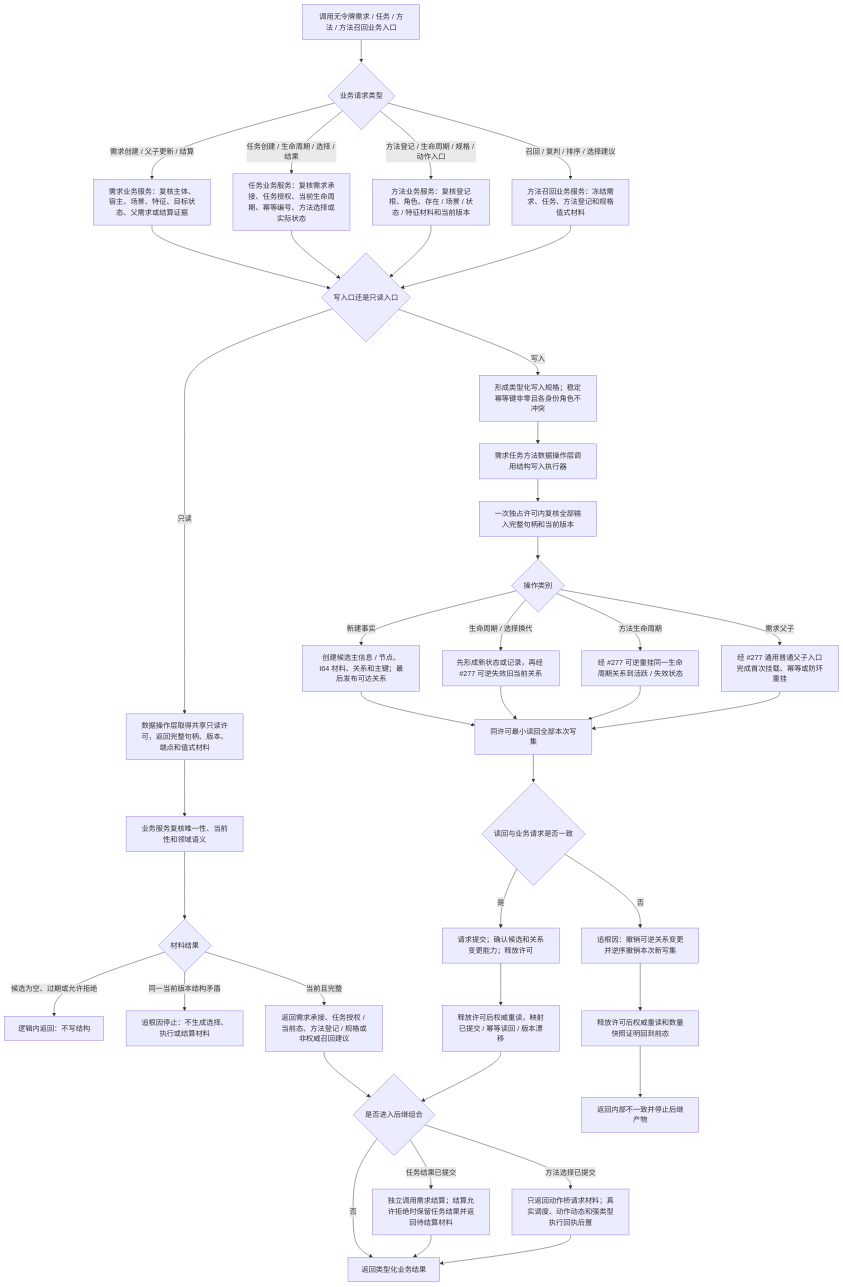
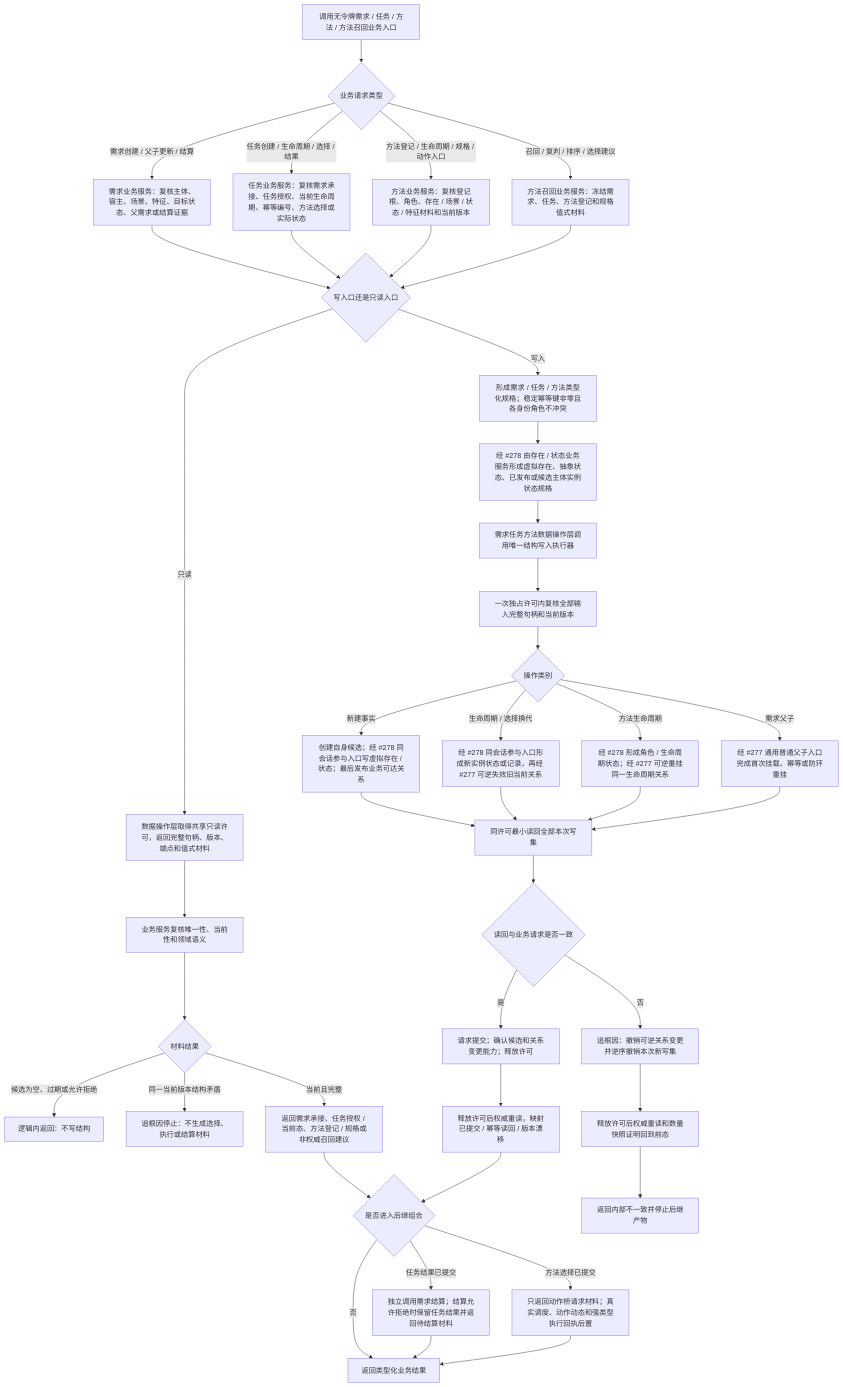
One commit to chunhaizh-cyber/HY-Ego changed the diagram in 流程图/20260714_需求任务方法服务分层迁移代码逻辑流程图_v0.1.md. Above: the diagram before and after it, drawn with Mermaid. The commit also changed other lines of this file and 14 other files, not shown here.

````diff
--- a/流程图/20260714_需求任务方法服务分层迁移代码逻辑流程图_v0.1.md
+++ b/流程图/20260714_需求任务方法服务分层迁移代码逻辑流程图_v0.1.md
@@ -30,50 +34,51 @@
 ```mermaid
 flowchart TD
     A["调用无令牌需求 / 任务 / 方法 / 方法召回业务入口"] --> B{"业务请求类型"}
 
     B -->|"需求创建 / 父子更新 / 结算"| C1["需求业务服务：复核主体、宿主、场景、特征、目标状态、父需求或结算证据"]
     B -->|"任务创建 / 生命周期 / 选择 / 结果"| C2["任务业务服务：复核需求承接、任务授权、当前生命周期、幂等编号、方法选择或实际状态"]
     B -->|"方法登记 / 生命周期 / 规格 / 动作入口"| C3["方法业务服务：复核登记根、角色、存在 / 场景 / 状态 / 特征材料和当前版本"]
     B -->|"召回 / 复判 / 排序 / 选择建议"| C4["方法召回业务服务：冻结需求、任务、方法登记和规格值式材料"]
 
     C1 --> D{"写入口还是只读入口"}
     C2 --> D
     C3 --> D
     C4 --> D
 
     D -->|"只读"| E["数据操作层取得共享只读许可，返回完整句柄、版本、端点和值式材料"]
     E --> F["业务服务复核唯一性、当前性和领域语义"]
     F --> G{"材料结果"}
     G -->|"候选为空、过期或允许拒绝"| L1["逻辑内返回：不写结构"]
     G -->|"同一当前版本结构矛盾"| R1["追根因停止：不生成选择、执行或结算材料"]
     G -->|"当前且完整"| H["返回需求承接、任务授权 / 当前态、方法登记 / 规格或非权威召回建议"]
 
-    D -->|"写入"| I["形成类型化写入规格；稳定幂等键非零且各身份角色不冲突"]
-    I --> J["需求任务方法数据操作层调用结构写入执行器"]
+    D -->|"写入"| I["形成需求 / 任务 / 方法类型化规格；稳定幂等键非零且各身份角色不冲突"]
+    I --> I0["经 #278 由存在 / 状态业务服务形成虚拟存在、抽象状态、已发布或候选主体实例状态规格"]
+    I0 --> J["需求任务方法数据操作层调用唯一结构写入执行器"]
     J --> K["一次独占许可内复核全部输入完整句柄和当前版本"]
     K --> M{"操作类别"}
 
-    M -->|"新建事实"| N1["创建候选主信息 / 节点、I64 材料、关系和主键；最后发布可达关系"]
-    M -->|"生命周期 / 选择换代"| N2["先形成新状态或记录，再经 #277 可逆失效旧当前关系"]
-    M -->|"方法生命周期"| N3["经 #277 可逆重挂同一生命周期关系到活跃 / 失效状态"]
+    M -->|"新建事实"| N1["创建自身候选；经 #278 同会话参与入口写虚拟存在 / 状态；最后发布业务可达关系"]
+    M -->|"生命周期 / 选择换代"| N2["经 #278 同会话参与入口形成新实例状态或记录，再经 #277 可逆失效旧当前关系"]
+    M -->|"方法生命周期"| N3["经 #278 形成角色 / 生命周期状态；经 #277 可逆重挂同一生命周期关系"]
     M -->|"需求父子"| N4["经 #277 通用普通父子入口完成首次挂载、幂等或防环重挂"]
 
     N1 --> O["同许可最小读回全部本次写集"]
     N2 --> O
     N3 --> O
     N4 --> O
     O --> P{"读回与业务请求是否一致"}
     P -->|"否"| R2["追根因：撤销可逆关系变更并逆序撤销本次新写集"]
     P -->|"是"| Q["请求提交；确认候选和关系变更能力；释放许可"]
     R2 --> S["释放许可后权威重读和数量快照证明回到前态"]
     Q --> T["释放许可后权威重读，映射已提交 / 幂等读回 / 版本漂移"]
 
     H --> U{"是否进入后继组合"}
     T --> U
     S --> V["返回内部不一致并停止后继产物"]
     U -->|"任务结果已提交"| W["独立调用需求结算；结算允许拒绝时保留任务结果并返回待结算材料"]
     U -->|"方法选择已提交"| X["只返回动作桥请求材料；真实调度、动作动态和强类型执行回执后置"]
     U -->|"否"| Y["返回类型化业务结果"]
     W --> Y
     X --> Y
 ```
````
